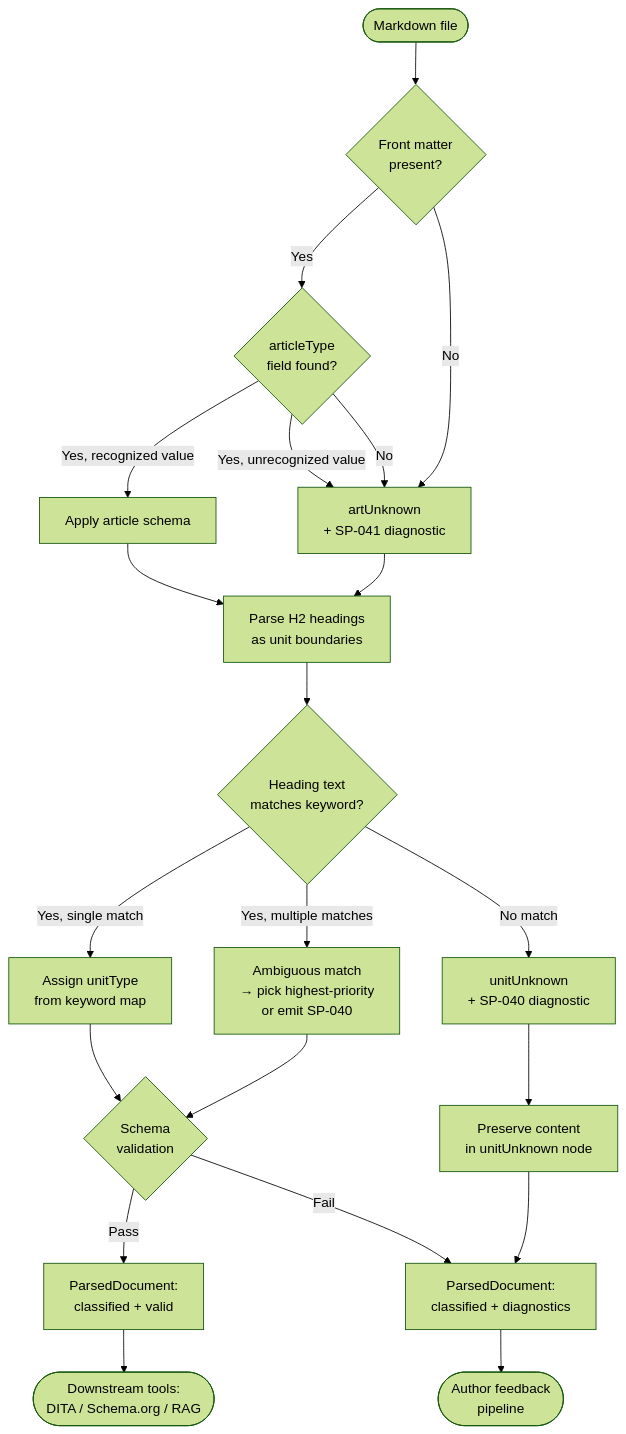
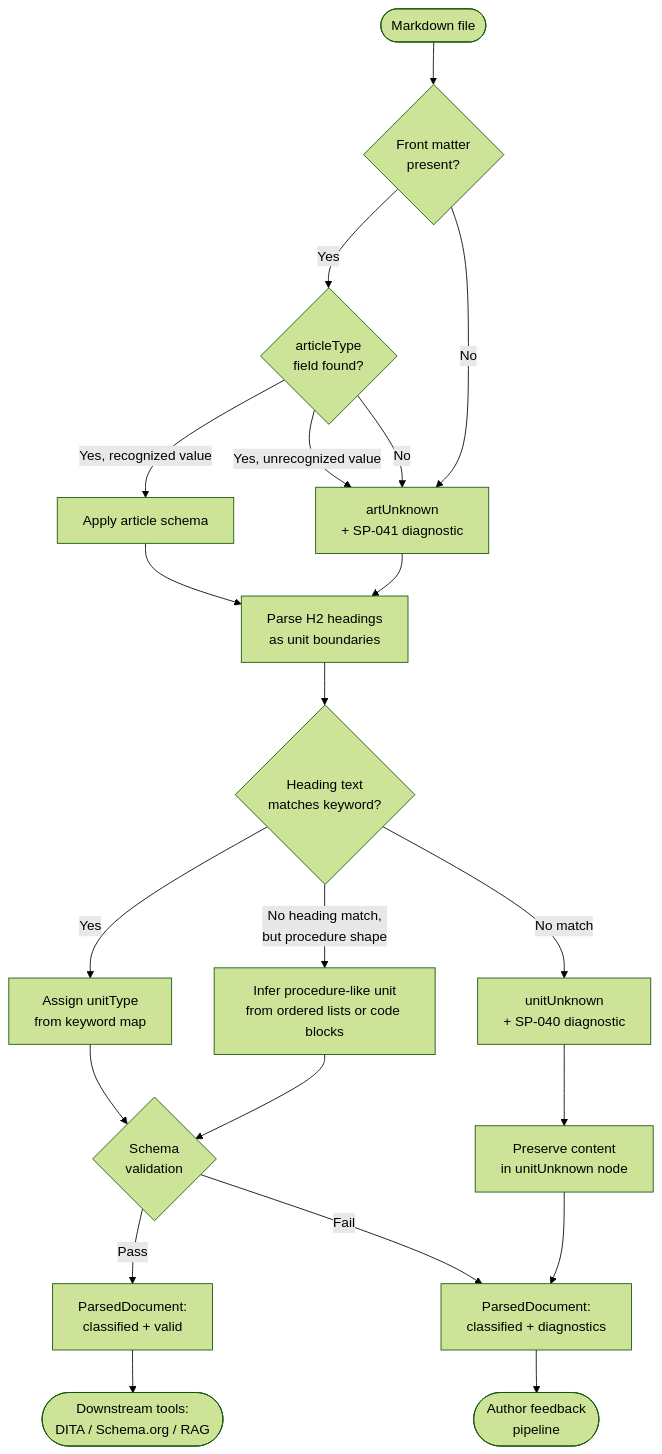
One commit to mattbriggs/structured-markdown changed the diagram in docs_src/concept/information-architecture.md. Above: the diagram before and after it, drawn with Mermaid (forest theme). The commit also changed other lines of this file and 29 other files, not shown here.

````diff
--- a/docs_src/concept/information-architecture.md
+++ b/docs_src/concept/information-architecture.md
@@ -92,32 +102,32 @@
 ```mermaid
 flowchart TD
     START([Markdown file]) --> FM{Front matter\npresent?}
 
     FM -->|Yes| AT{articleType\nfield found?}
     FM -->|No| ARTUNKNOWN[artUnknown\n+ SP-041 diagnostic]
 
     AT -->|Yes, recognized value| ARTKNOWN[Apply article schema]
     AT -->|Yes, unrecognized value| ARTUNKNOWN
     AT -->|No| ARTUNKNOWN
 
     ARTKNOWN --> H2[Parse H2 headings\nas unit boundaries]
     ARTUNKNOWN --> H2
 
     H2 --> KW{Heading text\nmatches keyword?}
 
-    KW -->|Yes, single match| UNITKNOWN[Assign unitType\nfrom keyword map]
-    KW -->|Yes, multiple matches| AMBIG[Ambiguous match\n→ pick highest-priority\nor emit SP-040]
+    KW -->|Yes| UNITKNOWN[Assign unitType\nfrom keyword map]
+    KW -->|No heading match,\nbut procedure shape| UNITPROC[Infer procedure-like unit\nfrom ordered lists or code blocks]
     KW -->|No match| UNITUNKNOWN[unitUnknown\n+ SP-040 diagnostic]
 
     UNITKNOWN --> VALIDATE{Schema\nvalidation}
-    AMBIG --> VALIDATE
+    UNITPROC --> VALIDATE
     UNITUNKNOWN --> PRESERVE[Preserve content\nin unitUnknown node]
 
     VALIDATE -->|Pass| READY[ParsedDocument:\nclassified + valid]
     VALIDATE -->|Fail| DIAGFAIL[ParsedDocument:\nclassified + diagnostics]
 
     PRESERVE --> DIAGFAIL
 
     READY --> OUT([Downstream tools:\nDITA / Schema.org / RAG])
     DIAGFAIL --> FEED([Author feedback\npipeline])
 ```
````
